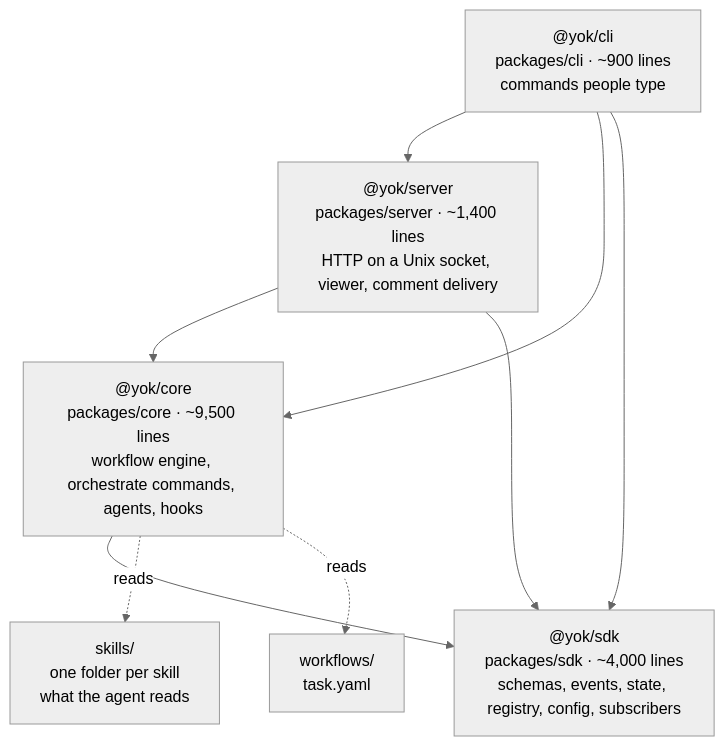
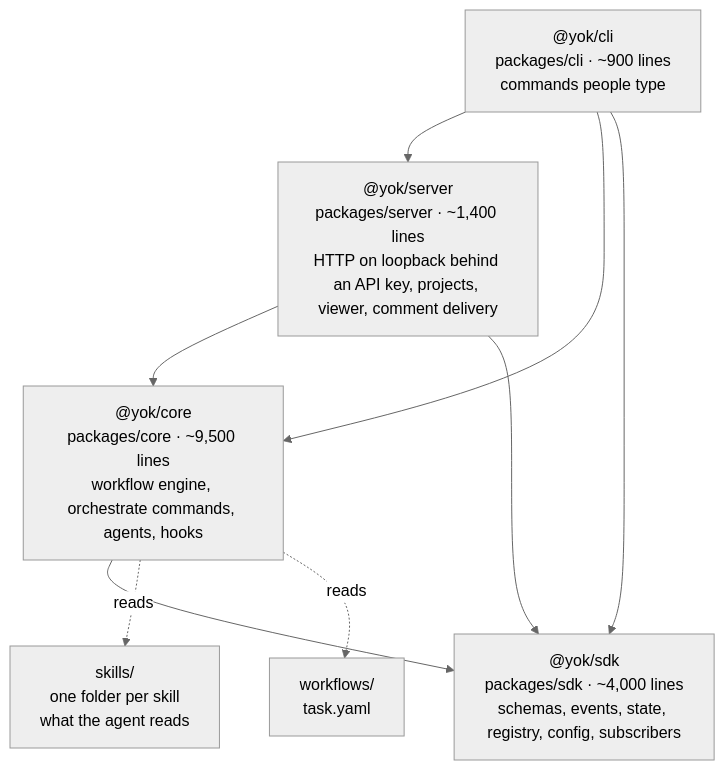
Before and after one commit to vertexcover-io/yok: the first of 2 diagrams in docs/guide/04-architecture.md, drawn with Mermaid (neutral theme). The commit also changed other lines of this file and 5 other files, not shown here.

Commit message:
docs(guide): explain projects, the API key and remote servers

````diff
--- a/docs/guide/04-architecture.md
+++ b/docs/guide/04-architecture.md
@@ -7,18 +7,18 @@
 ```mermaid
 flowchart TD
     cli["@yok/cli<br/>packages/cli · ~900 lines<br/>commands people type"]
-    server["@yok/server<br/>packages/server · ~1,400 lines<br/>HTTP on a Unix socket, viewer, comment delivery"]
+    server["@yok/server<br/>packages/server · ~1,400 lines<br/>HTTP on loopback behind an API key, projects, viewer, comment delivery"]
     core["@yok/core<br/>packages/core · ~9,500 lines<br/>workflow engine, orchestrate commands, agents, hooks"]
     sdk["@yok/sdk<br/>packages/sdk · ~4,000 lines<br/>schemas, events, state, registry, config, subscribers"]
     skills["skills/<br/>one folder per skill<br/>what the agent reads"]
     workflows["workflows/<br/>task.yaml"]
 
     cli --> server
     cli --> core
     server --> core
     core --> sdk
     server --> sdk
     cli --> sdk
     core -.reads.-> skills
     core -.reads.-> workflows
 ```
````
